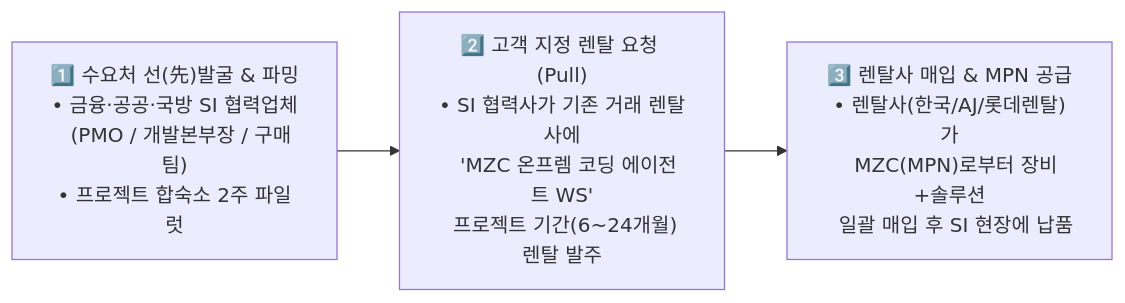
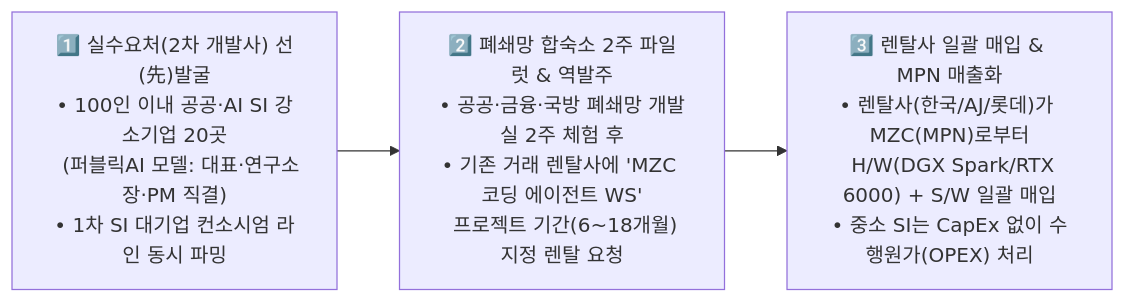
Before and after one commit to kesperinc/aifullstack_issu: the third of 3 diagrams in docs/HYBRID_CLOUD_TEAM_STRATEGY_MASTER_INTEGRATED.md, drawn with Mermaid. The commit also changed other lines of this file and 8 other files, not shown here.

````diff
--- a/docs/HYBRID_CLOUD_TEAM_STRATEGY_MASTER_INTEGRATED.md
+++ b/docs/HYBRID_CLOUD_TEAM_STRATEGY_MASTER_INTEGRATED.md
@@ -168,5 +185,5 @@
 ```mermaid
 flowchart LR
-    Step1["1️⃣ 수요처 선(先)발굴 & 파밍<br/>• 금융·공공·국방 SI 협력업체<br/>  (PMO / 개발본부장 / 구매팀)<br/>• 프로젝트 합숙소 2주 파일럿"] --> Step2["2️⃣ 고객 지정 렌탈 요청 (Pull)<br/>• SI 협력사가 기존 거래 렌탈사에<br/>  'MZC 온프렘 코딩 에이전트 WS'<br/>  프로젝트 기간(6~24개월) 렌탈 발주"]
-    Step2 --> Step3["3️⃣ 렌탈사 매입 & MPN 공급<br/>• 렌탈사(한국/AJ/롯데렌탈)가<br/>  MZC(MPN)로부터 장비+솔루션<br/>  일괄 매입 후 SI 현장에 납품"]
+    Step1["1️⃣ 실수요처(2차 개발사) 선(先)발굴<br/>• 100인 이내 공공·AI SI 강소기업 20곳<br/>  (퍼블릭AI 모델: 대표·연구소장·PM 직결)<br/>• 1차 SI 대기업 컨소시엄 라인 동시 파밍"] --> Step2["2️⃣ 폐쇄망 합숙소 2주 파일럿 & 역발주<br/>• 공공·금융·국방 폐쇄망 개발실 2주 체험 후<br/>• 기존 거래 렌탈사에 'MZC 코딩 에이전트 WS'<br/>  프로젝트 기간(6~18개월) 지정 렌탈 요청"]
+    Step2 --> Step3["3️⃣ 렌탈사 일괄 매입 & MPN 매출화<br/>• 렌탈사(한국/AJ/롯데)가 MZC(MPN)로부터<br/>  H/W(DGX Spark/RTX 6000) + S/W 일괄 매입<br/>• 중소 SI는 CapEx 없이 수행원가(OPEX) 처리"]
 ```
````
